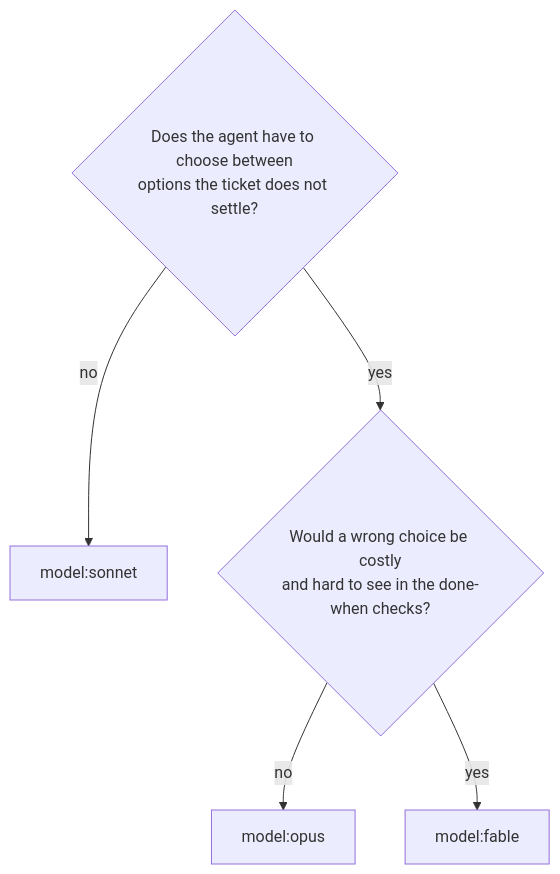
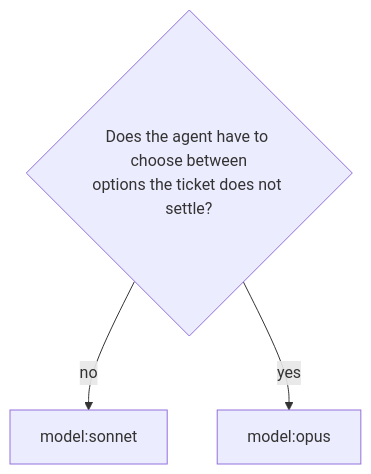
One commit to Xavier-Cliquennois/claude-ticket-flow changed the first of 2 diagrams in docs/reference/tickets-and-labels.md. Above: the diagram before and after it, drawn with Mermaid. The commit also changed other lines of this file and 15 other files, not shown here.

First line of the commit message:
feat(ticket-flow): fusionne les revues en un agent reviewer, limite les re-passes et retire fable

````diff
--- a/docs/reference/tickets-and-labels.md
+++ b/docs/reference/tickets-and-labels.md
@@ -72,8 +71,6 @@
 ```mermaid
 flowchart TD
   Q1{"Does the agent have to choose between<br/>options the ticket does not settle?"}
   Q1 -->|no| S["model:sonnet"]
-  Q1 -->|yes| Q2{"Would a wrong choice be costly<br/>and hard to see in the done-when checks?"}
-  Q2 -->|no| O["model:opus"]
-  Q2 -->|yes| F["model:fable"]
+  Q1 -->|yes| O["model:opus"]
 ```
````
